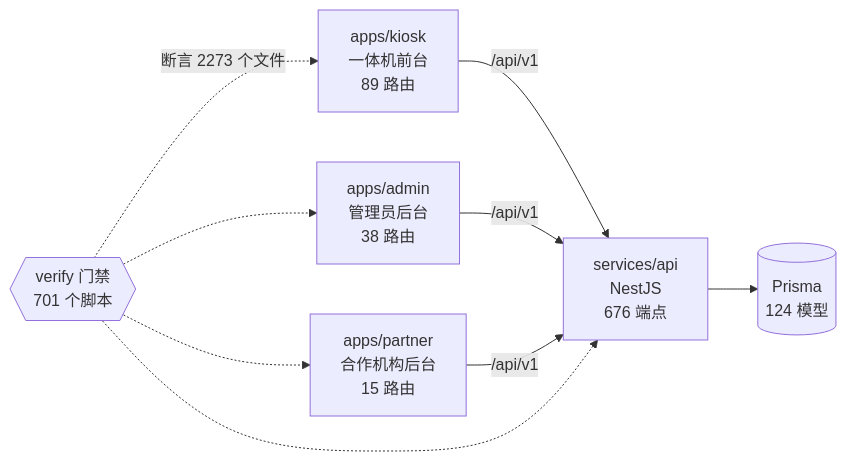
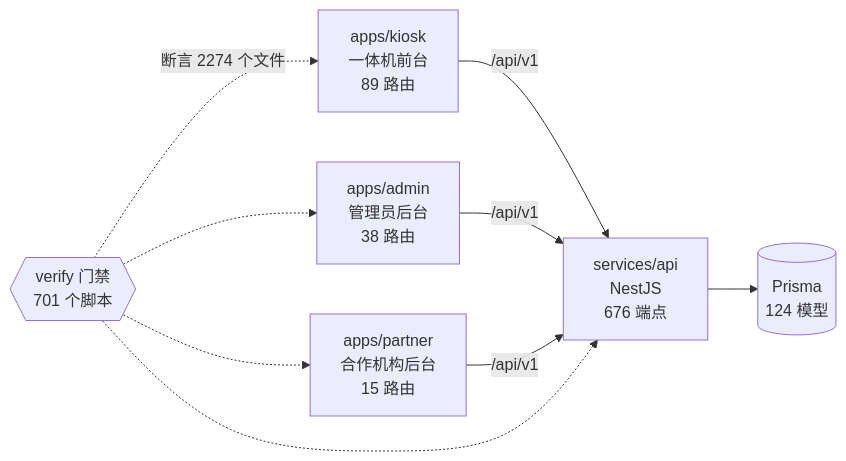
Before and after one commit to wanglei581/YITIJI: the diagram in docs/graph/README.md, drawn with Mermaid. The commit also changed other lines of this file and 4 other files, not shown here.

Commit message:
P2e-4(5): 更新项目图谱与进度记录

````diff
--- a/docs/graph/README.md
+++ b/docs/graph/README.md
@@ -68,18 +68,18 @@
 ```mermaid
 flowchart LR
   kiosk["apps/kiosk<br/>一体机前台<br/>89 路由"]
   admin["apps/admin<br/>管理员后台<br/>38 路由"]
   partner["apps/partner<br/>合作机构后台<br/>15 路由"]
   api["services/api<br/>NestJS<br/>676 端点"]
   db[("Prisma<br/>124 模型")]
   gates{{"verify 门禁<br/>701 个脚本"}}
 
   kiosk -->|"/api/v1"| api
   admin -->|"/api/v1"| api
   partner -->|"/api/v1"| api
   api --> db
-  gates -.->|"断言 2273 个文件"| kiosk
+  gates -.->|"断言 2274 个文件"| kiosk
   gates -.-> admin
   gates -.-> partner
   gates -.-> api
 ```
````
